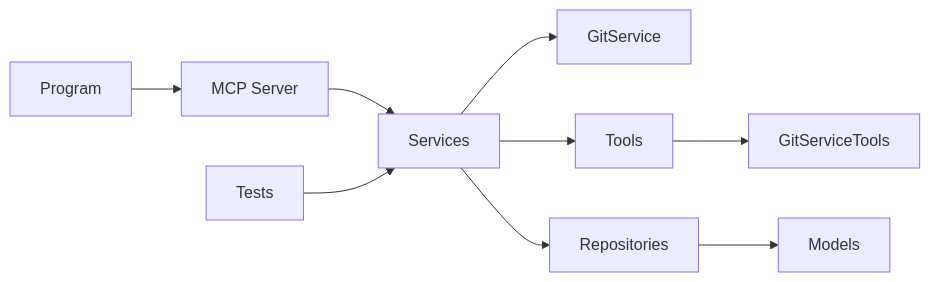
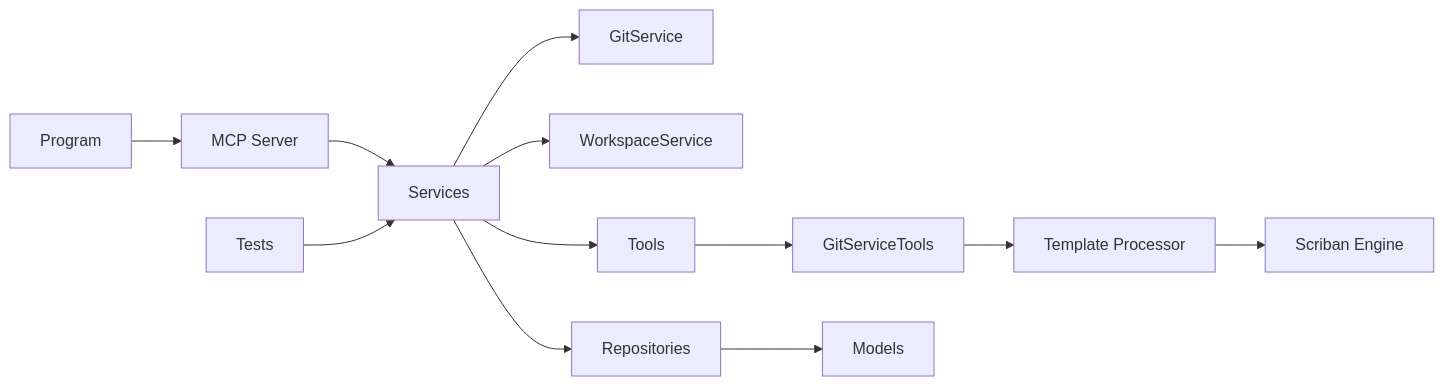
The first of 2 diagrams in RELEASE_DOCUMENT.md (MCPRUNNER/GitVisionMCP), drawn with Mermaid before and after one commit. The commit also changed other lines of this file and 4 other files, not shown here.

````diff
--- a/RELEASE_DOCUMENT.md
+++ b/RELEASE_DOCUMENT.md
@@ -61,11 +100,14 @@
 ```mermaid
 flowchart LR
   Program --> McpServer["MCP Server"]
   McpServer --> Services["Services"]
   Services --> GitService["GitService"]
+  Services --> WorkspaceService["WorkspaceService"]
   Services --> Tooling["Tools"]
   Tooling --> GitServiceTools["GitServiceTools"]
+  GitServiceTools --> TemplateProcessor["Template Processor"]
+  TemplateProcessor --> ScribanEngine["Scriban Engine"]
   Services --> Repositories["Repositories"]
   Repositories --> Models["Models"]
   Tests["Tests"] --> Services
 ```
````
